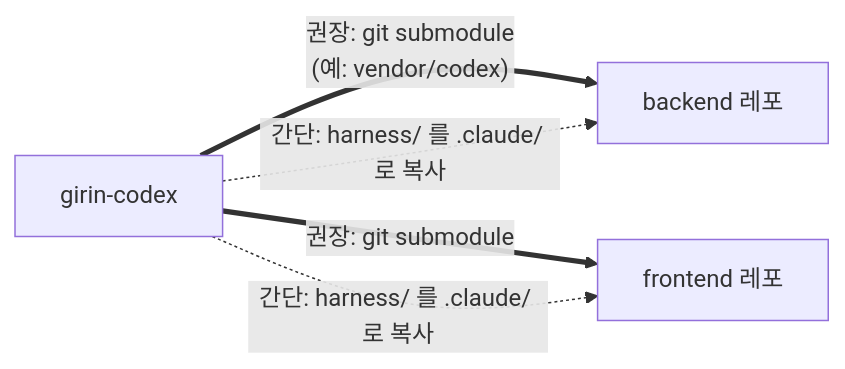
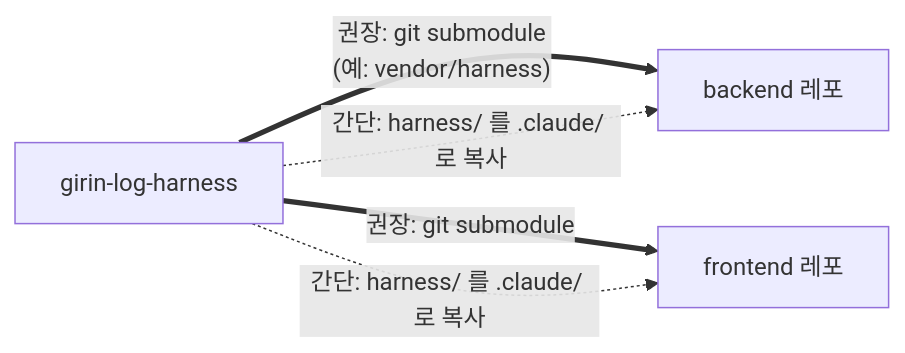
One commit to my-girin-log/girin-log-harness changed the fourth of 7 diagrams in README.md. Above: the diagram before and after it, drawn with Mermaid. The commit also changed other lines of this file and 6 other files, not shown here.

````diff
--- a/README.md
+++ b/README.md
@@ -144,8 +145,8 @@
 ```mermaid
 flowchart LR
-    C["girin-codex"]
-    C ==>|"권장: git submodule<br/>(예: vendor/codex)"| BE["backend 레포"]
+    C["girin-log-harness"]
+    C ==>|"권장: git submodule<br/>(예: vendor/harness)"| BE["backend 레포"]
     C ==>|"권장: git submodule"| FE["frontend 레포"]
     C -.->|"간단: harness/ 를 .claude/ 로 복사"| BE
     C -.->|"간단: harness/ 를 .claude/ 로 복사"| FE
 ```
````
